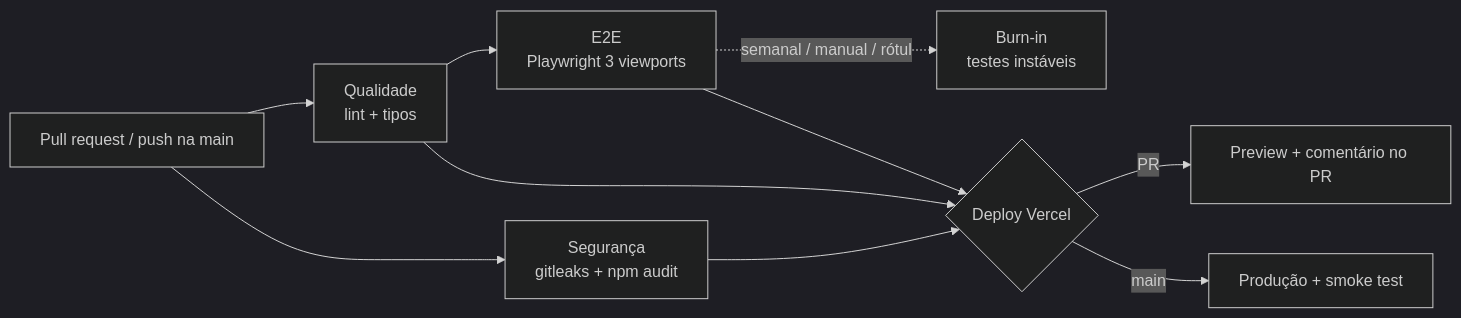
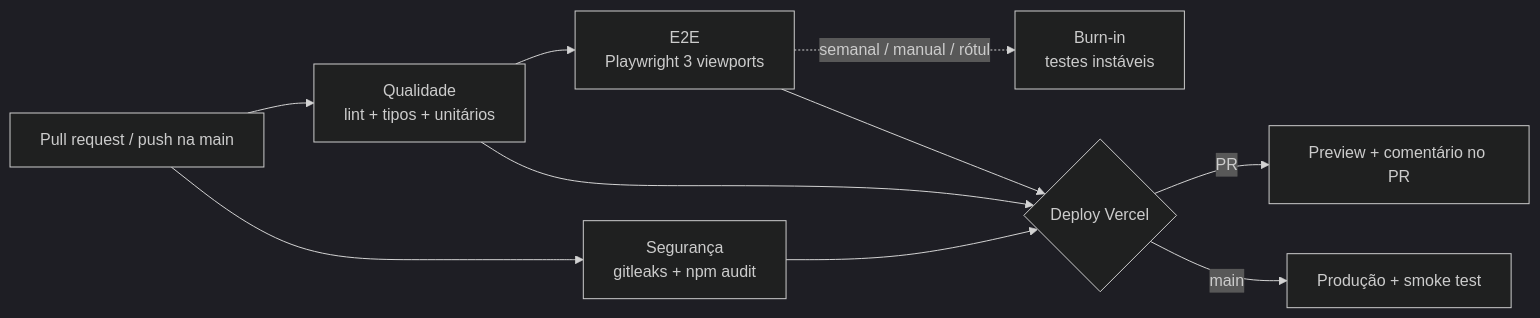
The diagram in docs/operacao/ci-cd.md (alvaro5801/finova-analytics), drawn with Mermaid (dark theme) before and after one commit. The commit also changed other lines of this file and 4 other files, not shown here.

````diff
--- a/docs/operacao/ci-cd.md
+++ b/docs/operacao/ci-cd.md
@@ -7,10 +7,10 @@
 ```mermaid
 flowchart LR
-  PR[Pull request / push na main] --> Q[Qualidade<br/>lint + tipos]
+  PR[Pull request / push na main] --> Q[Qualidade<br/>lint + tipos + unitários]
   PR --> S[Segurança<br/>gitleaks + npm audit]
   Q --> E[E2E<br/>Playwright 3 viewports]
   E -.semanal / manual / rótulo.-> B[Burn-in<br/>testes instáveis]
   Q & S & E --> D{Deploy Vercel}
   D -->|PR| P[Preview + comentário no PR]
   D -->|main| PROD[Produção + smoke test]
 ```
````
